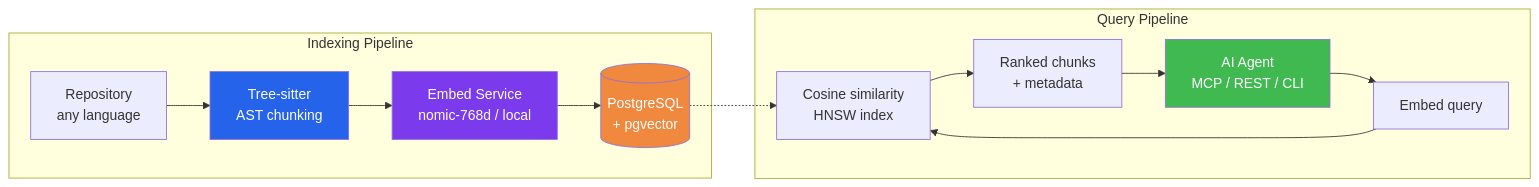
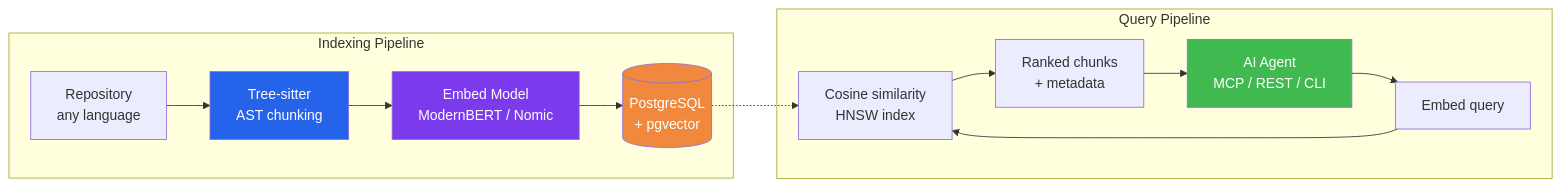
One commit to dr34dl10n/Codebase-Agent-Skill changed the diagram in README.md. Above: the diagram before and after it, drawn with Mermaid. The commit also changed other lines of this file and 11 other files, not shown here.

First line of the commit message:
feat: ModernBERT as default embedding model + sentence-transformers backend

````diff
--- a/README.md
+++ b/README.md
@@ -51,21 +113,21 @@
 ```mermaid
 graph LR
     subgraph "Indexing Pipeline"
         A[Repository<br/>any language] --> B[Tree-sitter<br/>AST chunking]
-        B --> C[Embed Service<br/>nomic-768d / local]
+        B --> C[Embed Model<br/>ModernBERT / Nomic]
         C --> D[(PostgreSQL<br/>+ pgvector)]
     end
 
     subgraph "Query Pipeline"
         E[AI Agent<br/>MCP / REST / CLI] --> F[Embed query]
         F --> G[Cosine similarity<br/>HNSW index]
         G --> H[Ranked chunks<br/>+ metadata]
         H --> E
         D -.-> G
     end
 
     style D fill:#f0883e,color:#fff
     style B fill:#2563eb,color:#fff
     style C fill:#7c3aed,color:#fff
     style E fill:#3fb950,color:#fff
 ```
````
